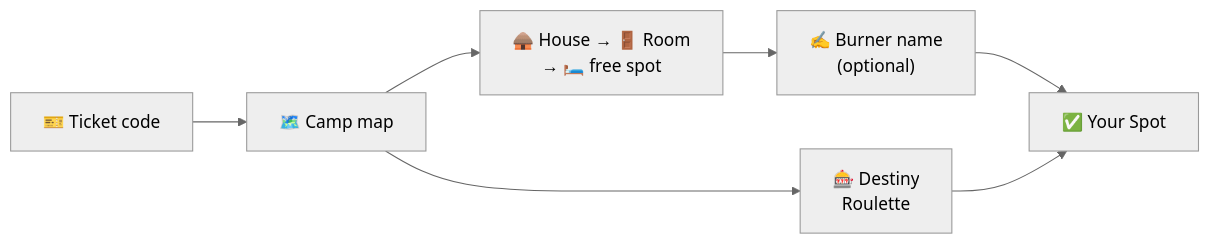
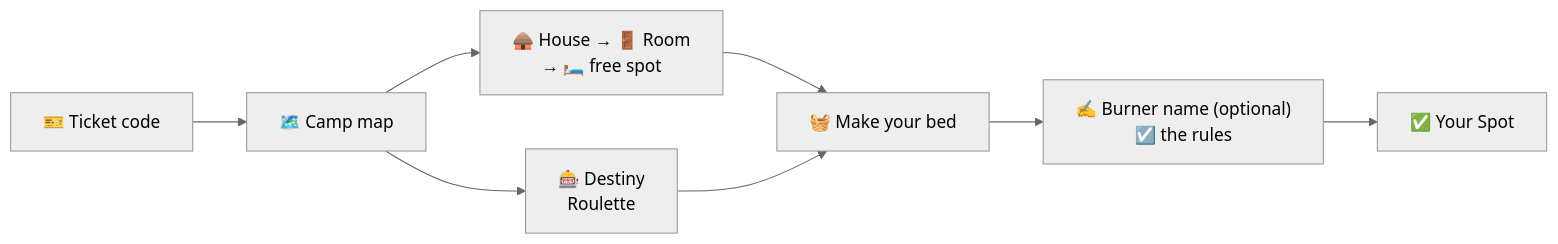
Before and after one commit to MorpheusMXML/hamburn-cozynights: the diagram in docs/guide/booking.md, drawn with Mermaid (neutral theme). The commit also changed other lines of this file and 7 other files, not shown here.

First line of the commit message:
docs: make your bed and the rules tick in the guides

````diff
--- a/docs/guide/booking.md
+++ b/docs/guide/booking.md
@@ -12,7 +15,7 @@
 ```mermaid
 flowchart LR
   code["🎫 Ticket code"] --> map["🗺️ Camp map"]
   map --> pick["🛖 House → 🚪 Room<br/>→ 🛏️ free spot"]
-  pick --> name["✍️ Burner name<br/>(optional)"] --> done["✅ Your Spot"]
-  map --> roulette["🎰 Destiny<br/>Roulette"] --> done
+  pick --> bed["🧺 Make your bed"] --> name["✍️ Burner name (optional)<br/>☑️ the rules"] --> done["✅ Your Spot"]
+  map --> roulette["🎰 Destiny<br/>Roulette"] --> bed
 ```
````
